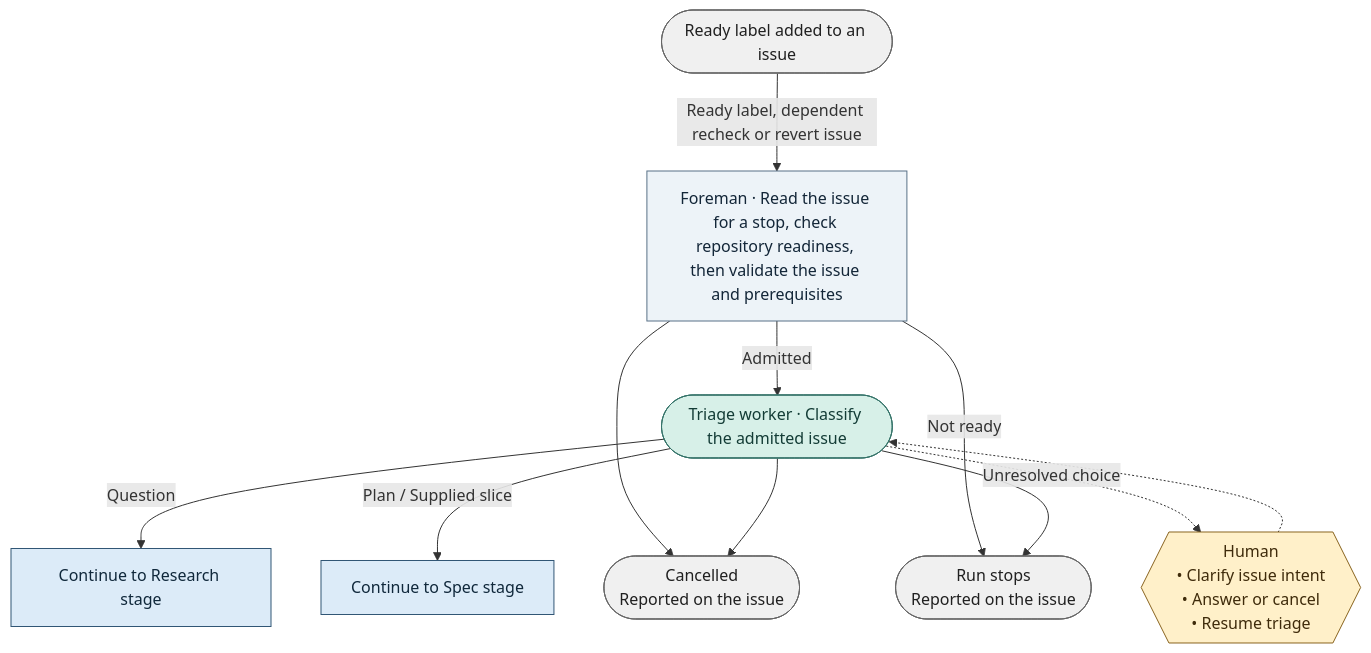
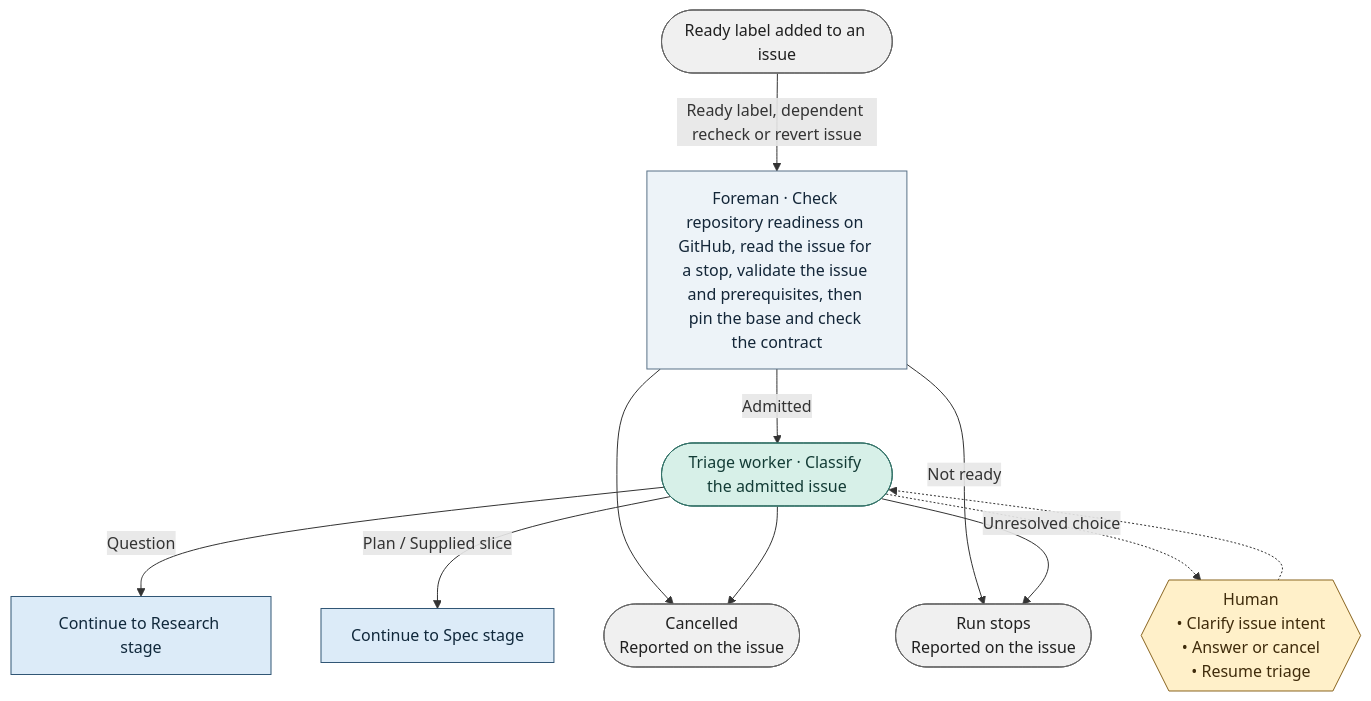
The diagram in docs/graph/blueprint/views/stages/triage.mmd (bookout-labs/tools), drawn with Mermaid before and after one commit. The commit also changed 9 other files, not shown here.

```diff
--- a/docs/graph/blueprint/views/stages/triage.mmd
+++ b/docs/graph/blueprint/views/stages/triage.mmd
@@ -1,24 +1,24 @@
 flowchart TD
     n0(["Ready label added to an issue"]):::terminal
-    n1["Foreman · Read the issue for a stop, check repository readiness, then validate the issue and prerequisites"]:::step
+    n1["Foreman · Check repository readiness on GitHub, read the issue for a stop, validate the issue and prerequisites, then pin the base and check the contract"]:::step
     n2(["Triage worker · Classify the admitted issue"]):::worker
     n3(["Run stops<br/>Reported on the issue"]):::terminal
     n4(["Cancelled<br/>Reported on the issue"]):::terminal
     n5["Continue to Research stage"]:::stage
     n6["Continue to Spec stage"]:::stage
     n7{{"Human<br/>• Clarify issue intent<br/>• Answer or cancel<br/>• Resume triage"}}:::gate
     n0 -->|"Ready label, dependent recheck or revert issue"| n1
     n1 -->|"Admitted"| n2
     n1 -->|"Not ready"| n3
     n1 --> n4
     n2 -->|"Question"| n5
     n2 -->|"Plan / Supplied slice"| n6
     n2 --> n4
     n2 --> n3
     n2 -.->|"Unresolved choice"| n7
     n7 -.-> n2
     classDef stage fill:#dcebf8,stroke:#315675,color:#10283b
     classDef step fill:#edf3f8,stroke:#597187,color:#132638
     classDef worker fill:#d7f0e8,stroke:#357369,color:#133c36
     classDef gate fill:#fff0c9,stroke:#89641f,color:#3f2b0b
     classDef terminal fill:#f0f0f0,stroke:#666666,color:#202020
```
